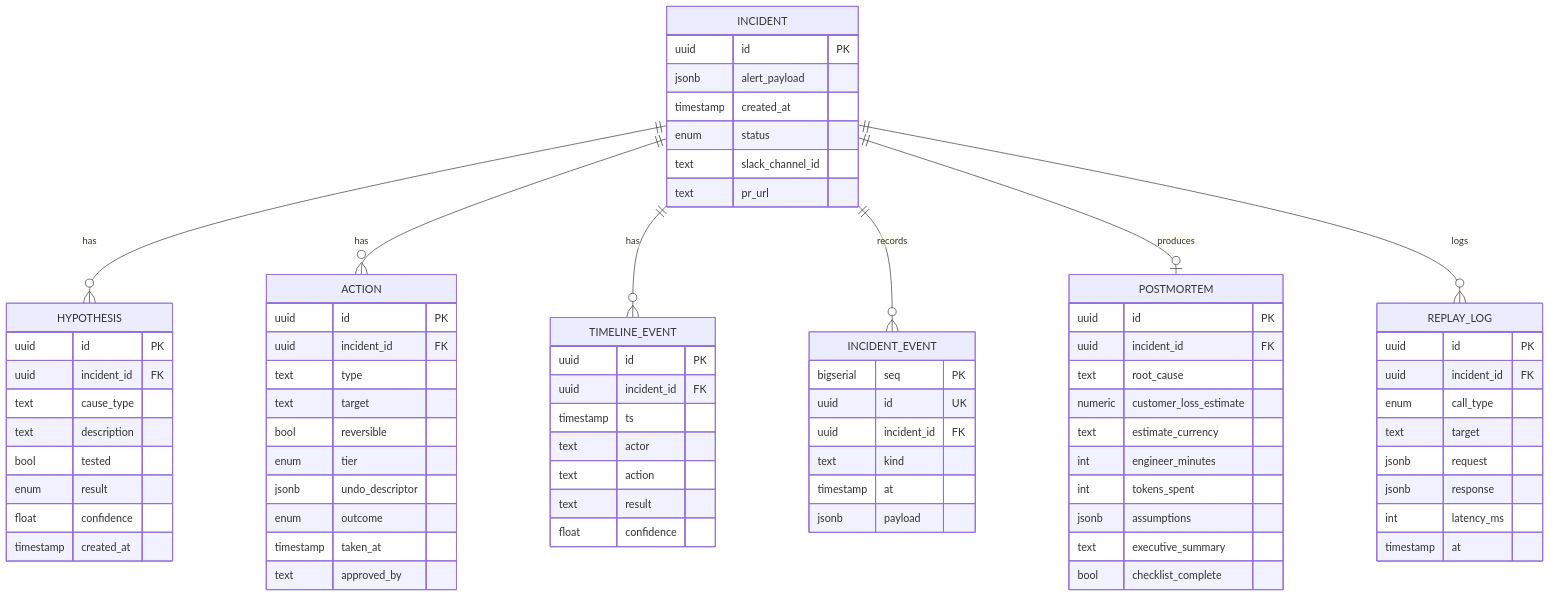
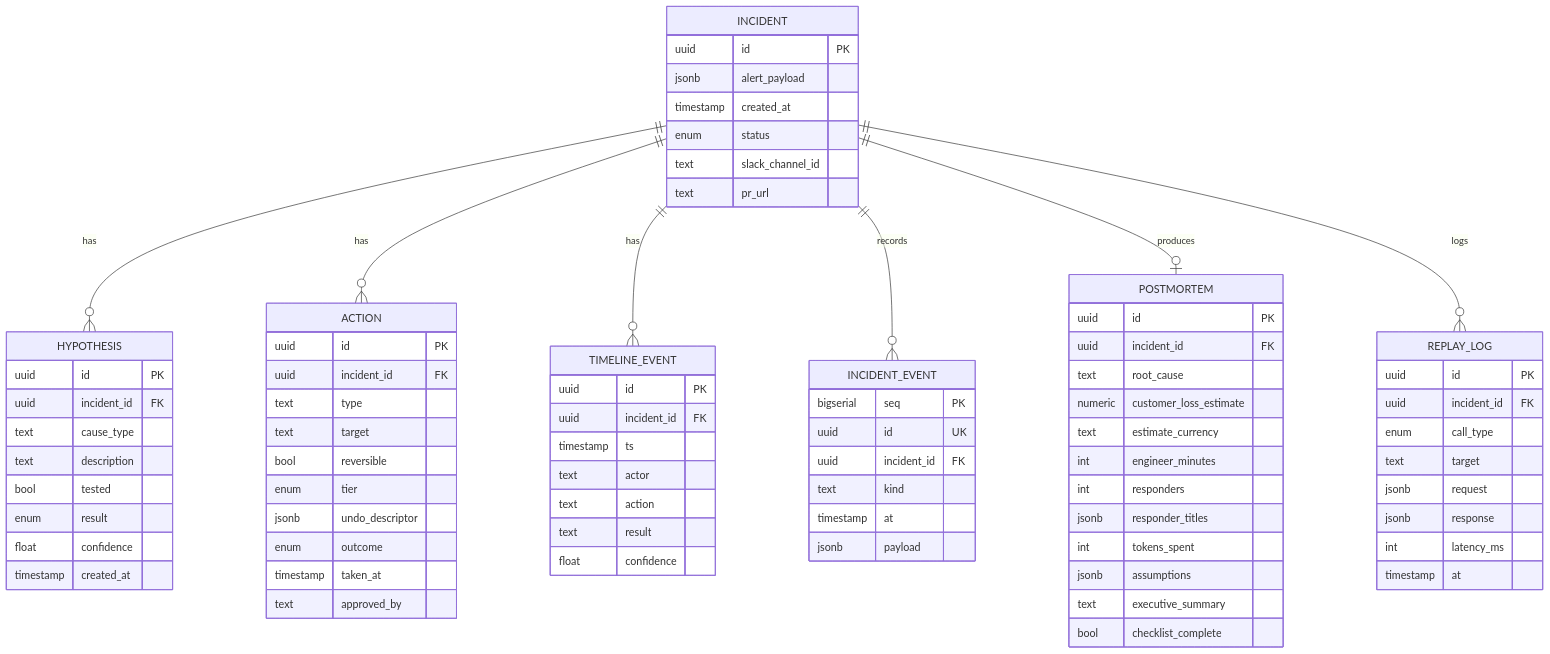
Before and after one commit to ohadraz/Argus: the fourth of 5 diagrams in docs/spec-and-architecture.md, drawn with Mermaid. The commit also changed other lines of this file and 32 other files, not shown here.

````diff
--- a/docs/spec-and-architecture.md
+++ b/docs/spec-and-architecture.md
@@ -280,79 +280,81 @@
 ```mermaid
 erDiagram
     INCIDENT ||--o{ HYPOTHESIS : has
     INCIDENT ||--o{ ACTION : has
     INCIDENT ||--o{ TIMELINE_EVENT : has
     INCIDENT ||--o{ INCIDENT_EVENT : records
     INCIDENT ||--o| POSTMORTEM : produces
     INCIDENT ||--o{ REPLAY_LOG : logs
 
     INCIDENT {
         uuid id PK
         jsonb alert_payload
         timestamp created_at
         enum status
         text slack_channel_id
         text pr_url
     }
     HYPOTHESIS {
         uuid id PK
         uuid incident_id FK
         text cause_type
         text description
         bool tested
         enum result
         float confidence
         timestamp created_at
     }
     ACTION {
         uuid id PK
         uuid incident_id FK
         text type
         text target
         bool reversible
         enum tier
         jsonb undo_descriptor
         enum outcome
         timestamp taken_at
         text approved_by
     }
     TIMELINE_EVENT {
         uuid id PK
         uuid incident_id FK
         timestamp ts
         text actor
         text action
         text result
         float confidence
     }
     INCIDENT_EVENT {
         bigserial seq PK
         uuid id UK
         uuid incident_id FK
         text kind
         timestamp at
         jsonb payload
     }
     POSTMORTEM {
         uuid id PK
         uuid incident_id FK
         text root_cause
         numeric customer_loss_estimate
         text estimate_currency
         int engineer_minutes
+        int responders
+        jsonb responder_titles
         int tokens_spent
         jsonb assumptions
         text executive_summary
         bool checklist_complete
     }
     REPLAY_LOG {
         uuid id PK
         uuid incident_id FK
         enum call_type
         text target
         jsonb request
         jsonb response
         int latency_ms
         timestamp at
     }
 ```
````
